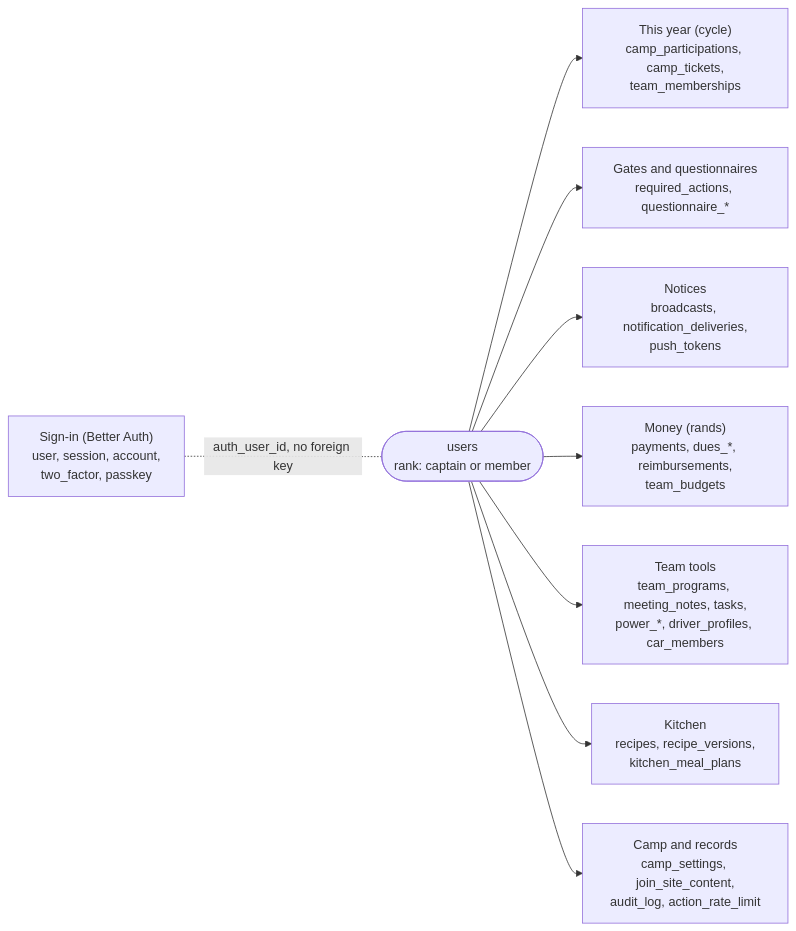
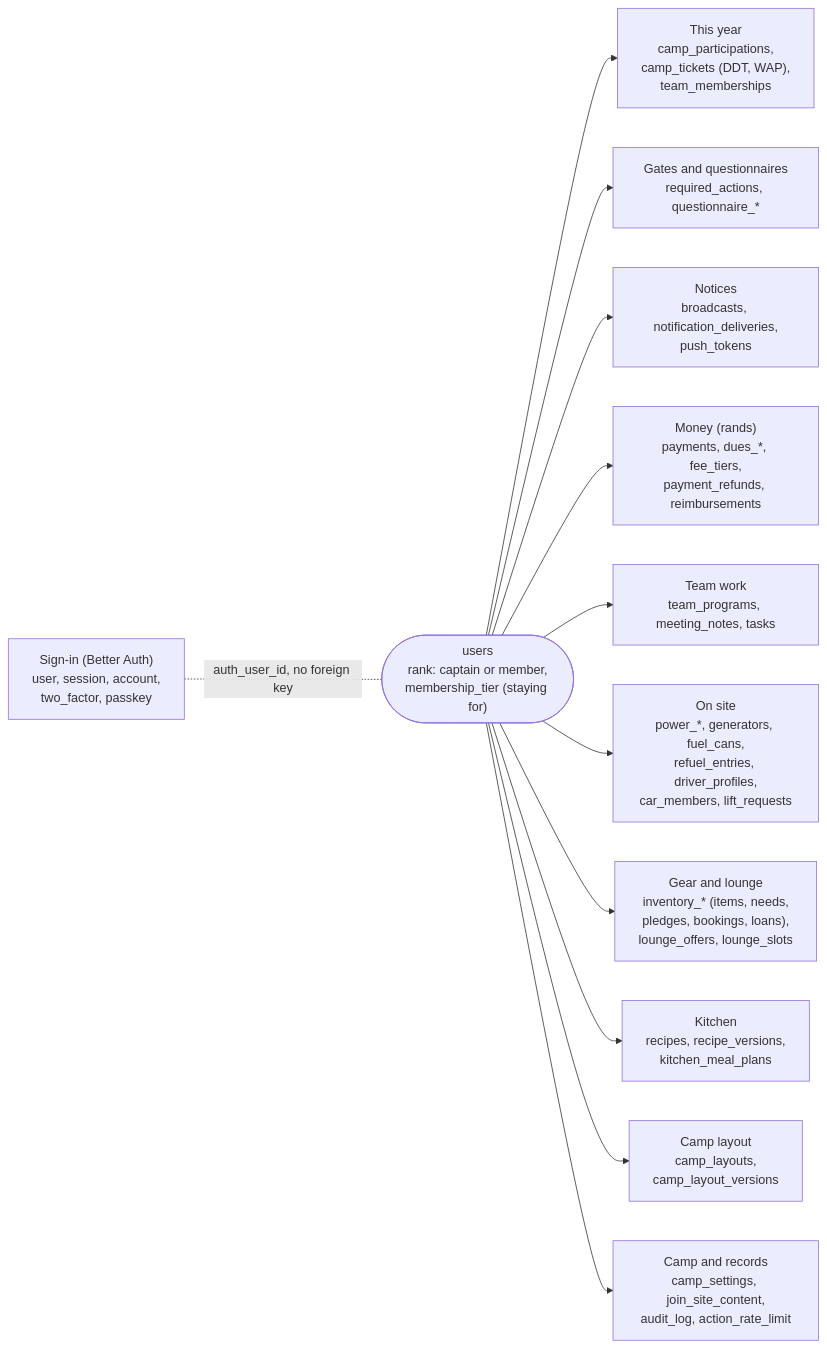
Before and after one commit to RyRy79261/camp-404: the fifth of 6 diagrams in docs/architecture.md, drawn with Mermaid. The commit also changed other lines of this file and 8 other files, not shown here.

Commit message:
docs: cover inventory, lounge, camp layout and the neighbour page, and the ruleset's one check and merge methods

````diff
--- a/docs/architecture.md
+++ b/docs/architecture.md
@@ -130,15 +136,19 @@
 ```mermaid
 flowchart LR
   authT["Sign-in (Better Auth)<br/>user, session, account,<br/>two_factor, passkey"]
-  users(["users<br/>rank: captain or member"])
-  year["This year (cycle)<br/>camp_participations, camp_tickets,<br/>team_memberships"]
+  users(["users<br/>rank: captain or member,<br/>membership_tier (staying for)"])
+  year["This year<br/>camp_participations,<br/>camp_tickets (DDT, WAP),<br/>team_memberships"]
   gates["Gates and questionnaires<br/>required_actions, questionnaire_*"]
   notes["Notices<br/>broadcasts, notification_deliveries,<br/>push_tokens"]
-  money["Money (rands)<br/>payments, dues_*, reimbursements,<br/>team_budgets"]
-  teams["Team tools<br/>team_programs, meeting_notes, tasks,<br/>power_*, driver_profiles, car_members"]
+  money["Money (rands)<br/>payments, dues_*, fee_tiers,<br/>payment_refunds, reimbursements"]
+  teams["Team work<br/>team_programs, meeting_notes, tasks"]
+  site["On site<br/>power_*, generators, fuel_cans,<br/>refuel_entries, driver_profiles,<br/>car_members, lift_requests"]
+  gear["Gear and lounge<br/>inventory_* (items, needs,<br/>pledges, bookings, loans),<br/>lounge_offers, lounge_slots"]
+  layout["Camp layout<br/>camp_layouts,<br/>camp_layout_versions"]
   kitchen["Kitchen<br/>recipes, recipe_versions,<br/>kitchen_meal_plans"]
   config["Camp and records<br/>camp_settings, join_site_content,<br/>audit_log, action_rate_limit"]
   authT -. auth_user_id, no foreign key .- users
-  users --> year & gates & notes & money & teams & kitchen
-  users --> config
+  users --> year & gates & notes & money
+  users --> teams & site & gear & kitchen
+  users --> layout & config
 ```
````
